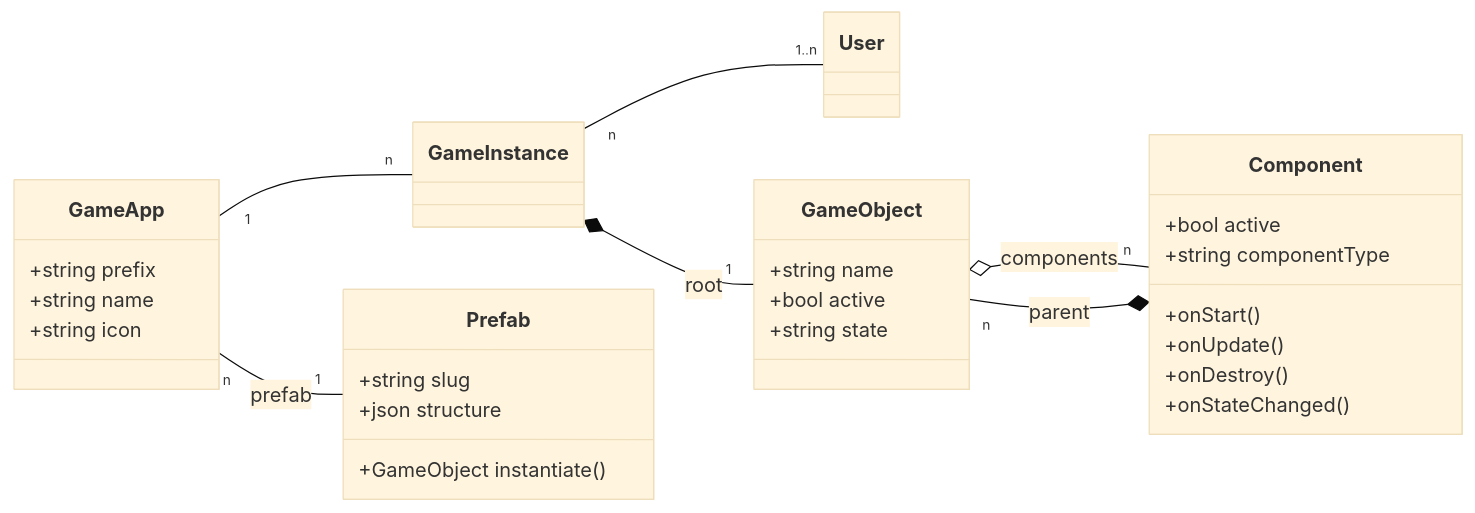
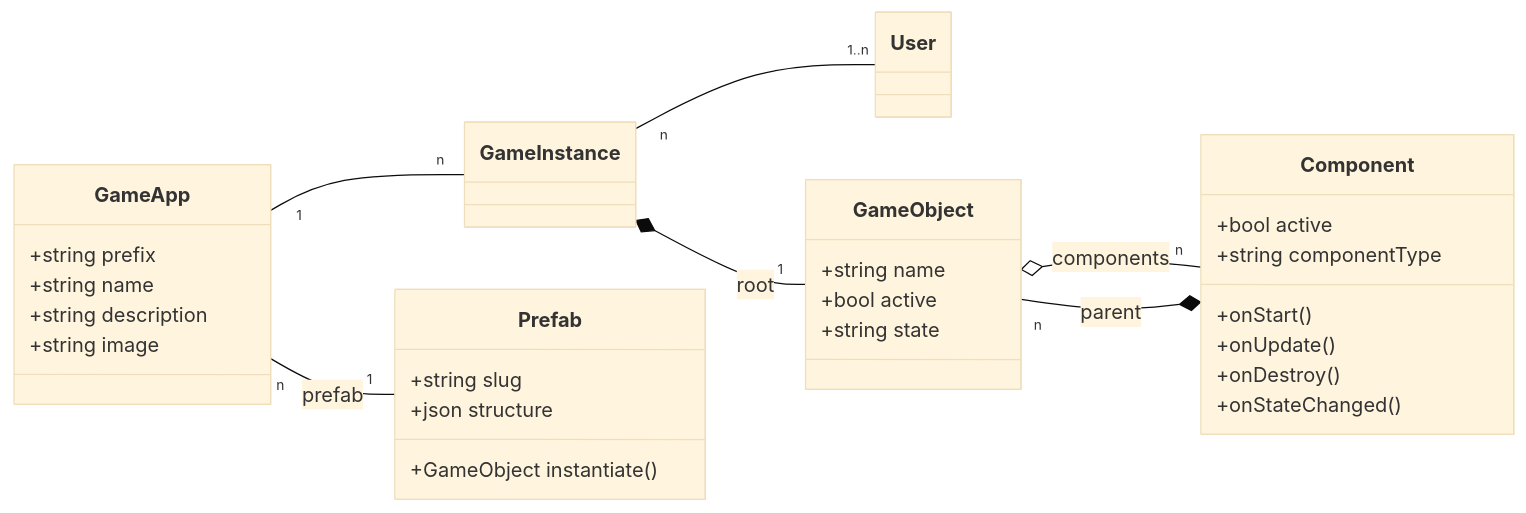
The diagram in docs/class_diagrams.md (eormeno/base-project), drawn with Mermaid (base theme) before and after one commit. The commit also changed 12 other files, not shown here.

````diff
--- a/docs/class_diagrams.md
+++ b/docs/class_diagrams.md
@@ -4,37 +4,38 @@
 ```mermaid
 classDiagram
     direction LR
     class User {
     }
     class GameApp {
         +string prefix
         +string name
-        +string icon
+        +string description
+        +string image
     }
     class GameInstance {
     }
     class Prefab {
         +string slug
         +json structure
         +GameObject instantiate()
     }
     class GameObject {
         +string name
         +bool active
         +string state
     }
     class Component {
         +bool active
         +string componentType
         +onStart()
         +onUpdate()
         +onDestroy()
         +onStateChanged()
     }
     GameInstance *-- "1" GameObject : root
     GameObject o-- "n" Component : components
     Component *-- "n" GameObject : parent
     GameApp "1" -- "n" GameInstance
     GameInstance "n" -- "1..n" User
     GameApp "n" -- "1" Prefab : prefab
 ```
````
